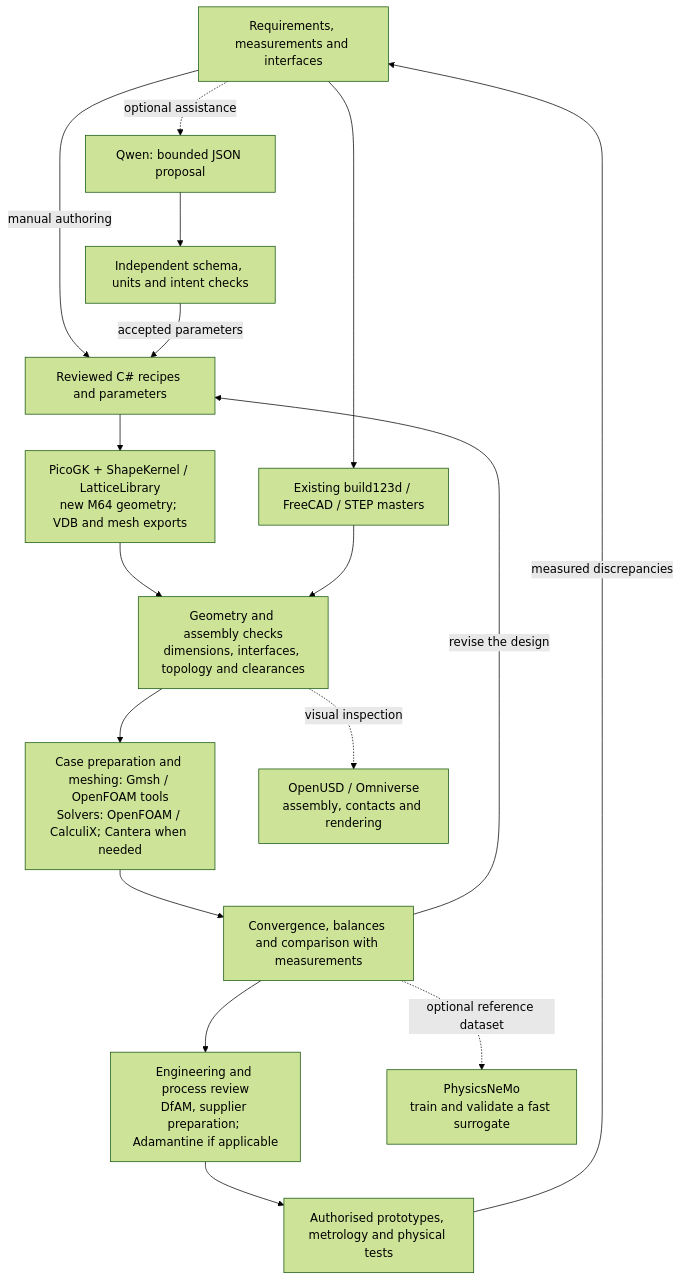
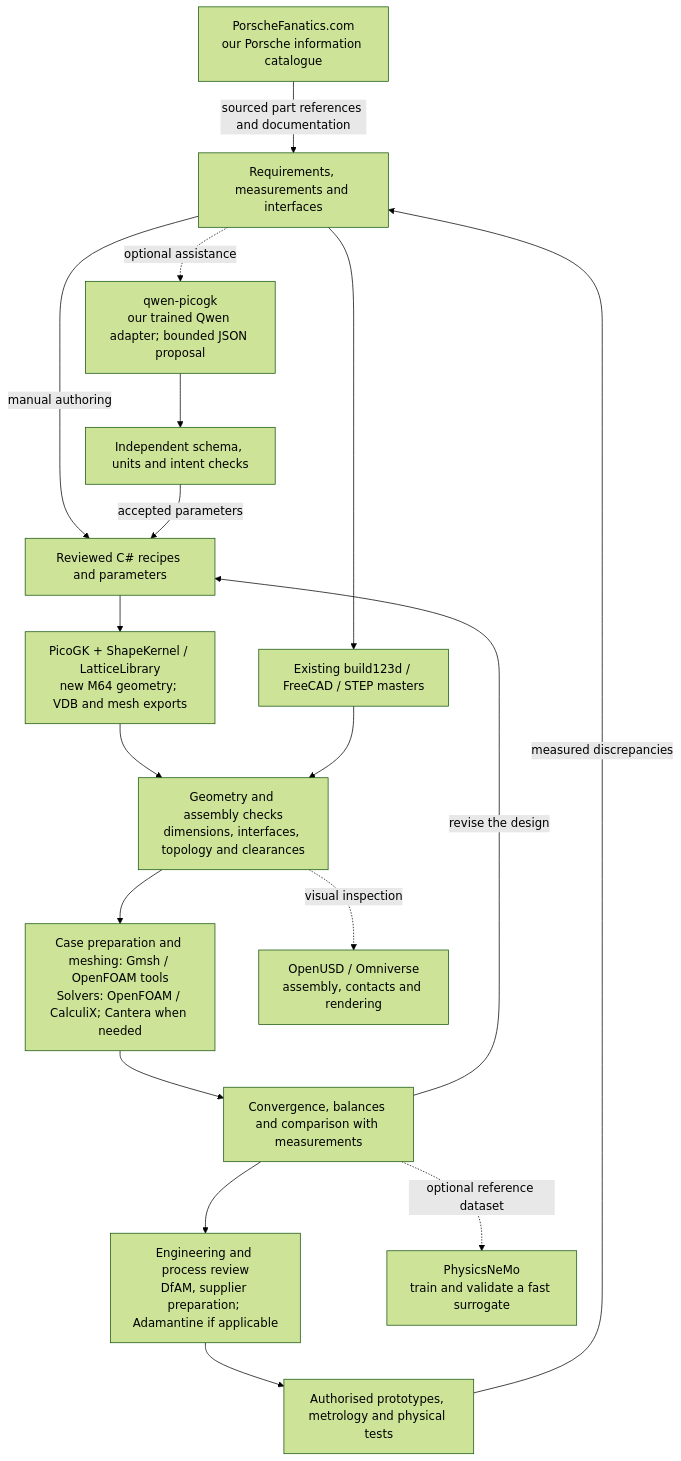
One commit to cluster2600/porscheparts changed the first of 5 diagrams in README.md. Above: the diagram before and after it, drawn with Mermaid (forest theme). The commit also changed other lines of this file and 1 other file, not shown here.

Commit message:
docs: identify our Qwen project and PorscheFanatics catalogue

````diff
--- a/README.md
+++ b/README.md
@@ -48,19 +68,20 @@
 ```mermaid
 flowchart TB
+    CATALOG["PorscheFanatics.com<br/>our Porsche information catalogue"] -->|sourced part references and documentation| INPUT
     INPUT["Requirements, measurements and interfaces"] -->|manual authoring| CODE["Reviewed C# recipes and parameters"]
-    INPUT -. optional assistance .-> QWEN["Qwen: bounded JSON proposal"]
+    INPUT -. optional assistance .-> QWEN["qwen-picogk<br/>our trained Qwen adapter; bounded JSON proposal"]
     QWEN --> CHECK["Independent schema, units and intent checks"]
     CHECK -->|accepted parameters| CODE
     CODE --> PICO["PicoGK + ShapeKernel / LatticeLibrary<br/>new M64 geometry; VDB and mesh exports"]
     INPUT --> EXISTING["Existing build123d / FreeCAD / STEP masters"]
     PICO --> GEO["Geometry and assembly checks<br/>dimensions, interfaces, topology and clearances"]
     EXISTING --> GEO
     GEO --> CAE["Case preparation and meshing: Gmsh / OpenFOAM tools<br/>Solvers: OpenFOAM / CalculiX; Cantera when needed"]
     CAE --> REVIEW["Convergence, balances and comparison with measurements"]
     REVIEW -->|revise the design| CODE
     REVIEW --> PREP["Engineering and process review<br/>DfAM, supplier preparation; Adamantine if applicable"]
     PREP --> PHYSICAL["Authorised prototypes, metrology and physical tests"]
     PHYSICAL -->|measured discrepancies| INPUT
     GEO -. visual inspection .-> USD["OpenUSD / Omniverse<br/>assembly, contacts and rendering"]
     REVIEW -. optional reference dataset .-> PN["PhysicsNeMo<br/>train and validate a fast surrogate"]
 ```
````
